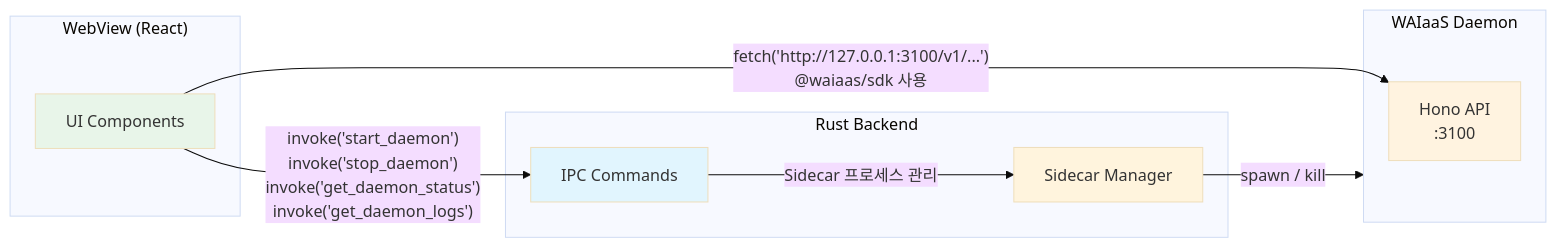
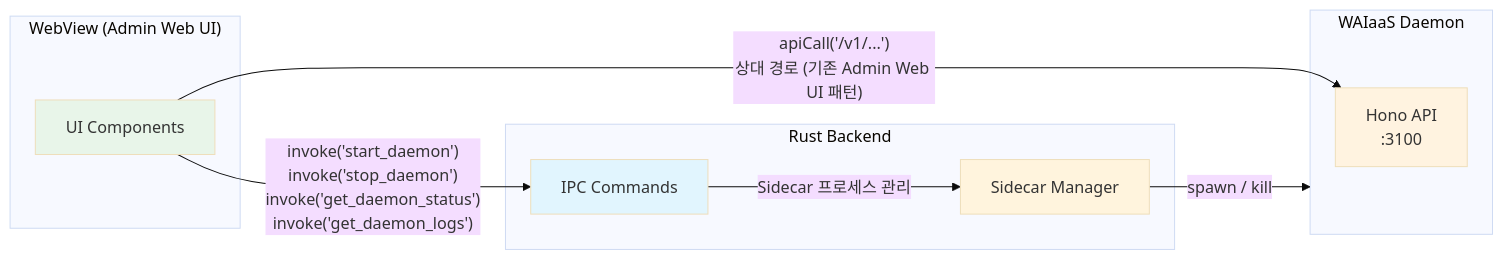
One commit to minhoyoo-iotrust/WAIaaS changed the second of 10 diagrams in internal/design/39-tauri-desktop-architecture.md. Above: the diagram before and after it, drawn with Mermaid (base theme). The commit also changed other lines of this file, not shown here.

First line of the commit message:
docs(456-01): rewrite section 3.3 HTTP localhost and section 3.1 diagram

````diff
--- a/internal/design/39-tauri-desktop-architecture.md
+++ b/internal/design/39-tauri-desktop-architecture.md
@@ -114,25 +114,25 @@
 ```mermaid
 graph LR
-    subgraph WebView["WebView (React)"]
+    subgraph WebView["WebView (Admin Web UI)"]
         UI["UI Components"]
     end
 
     subgraph Rust["Rust Backend"]
         CMD["IPC Commands"]
         SC["Sidecar Manager"]
     end
 
     subgraph Daemon["WAIaaS Daemon"]
         API["Hono API<br/>:3100"]
     end
 
     UI -->|"invoke('start_daemon')<br/>invoke('stop_daemon')<br/>invoke('get_daemon_status')<br/>invoke('get_daemon_logs')"| CMD
     CMD -->|"Sidecar 프로세스 관리"| SC
     SC -->|"spawn / kill"| Daemon
 
-    UI -->|"fetch('http://127.0.0.1:3100/v1/...')<br/>@waiaas/sdk 사용"| API
+    UI -->|"apiCall('/v1/...')<br/>상대 경로 (기존 Admin Web UI 패턴)"| API
 
     style UI fill:#e8f5e9
     style CMD fill:#e1f5fe
     style API fill:#fff3e0
 ```
````
